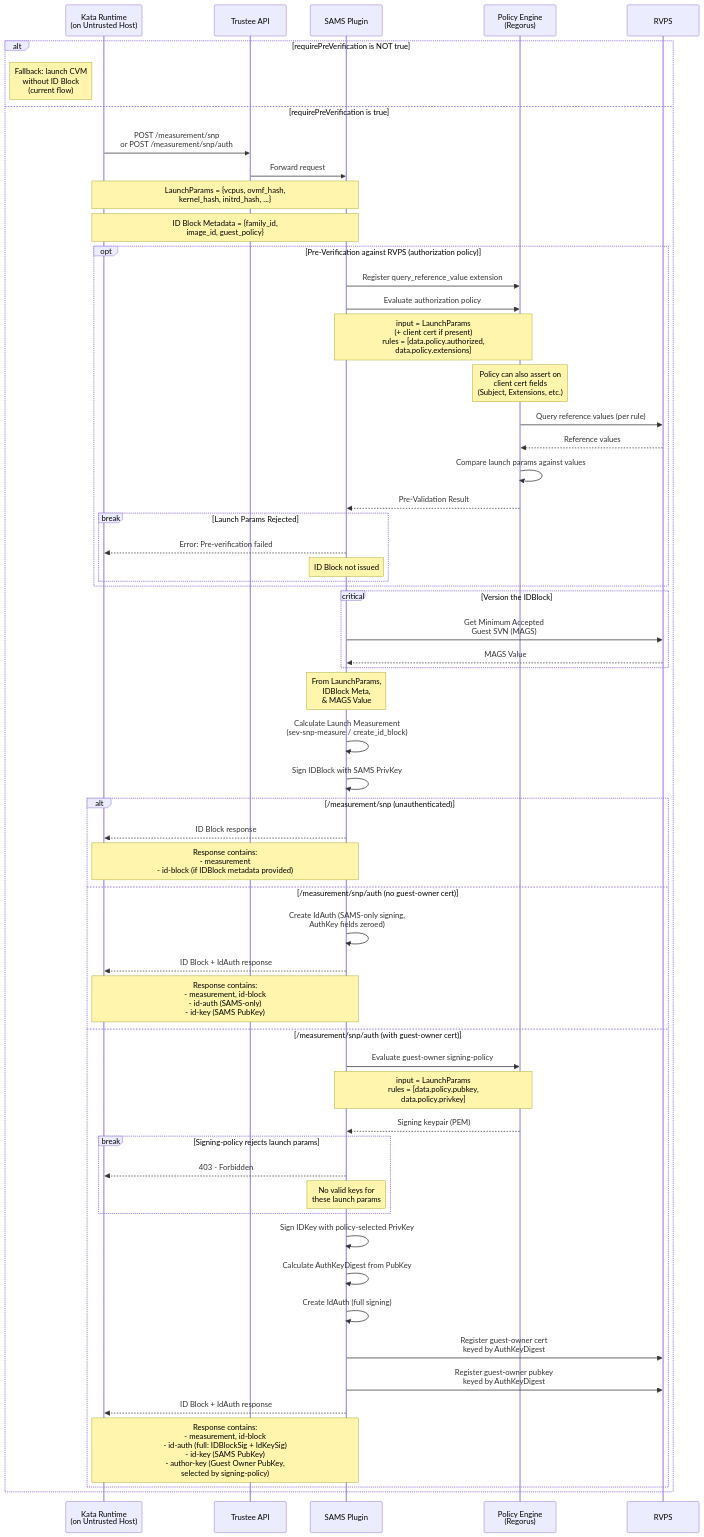
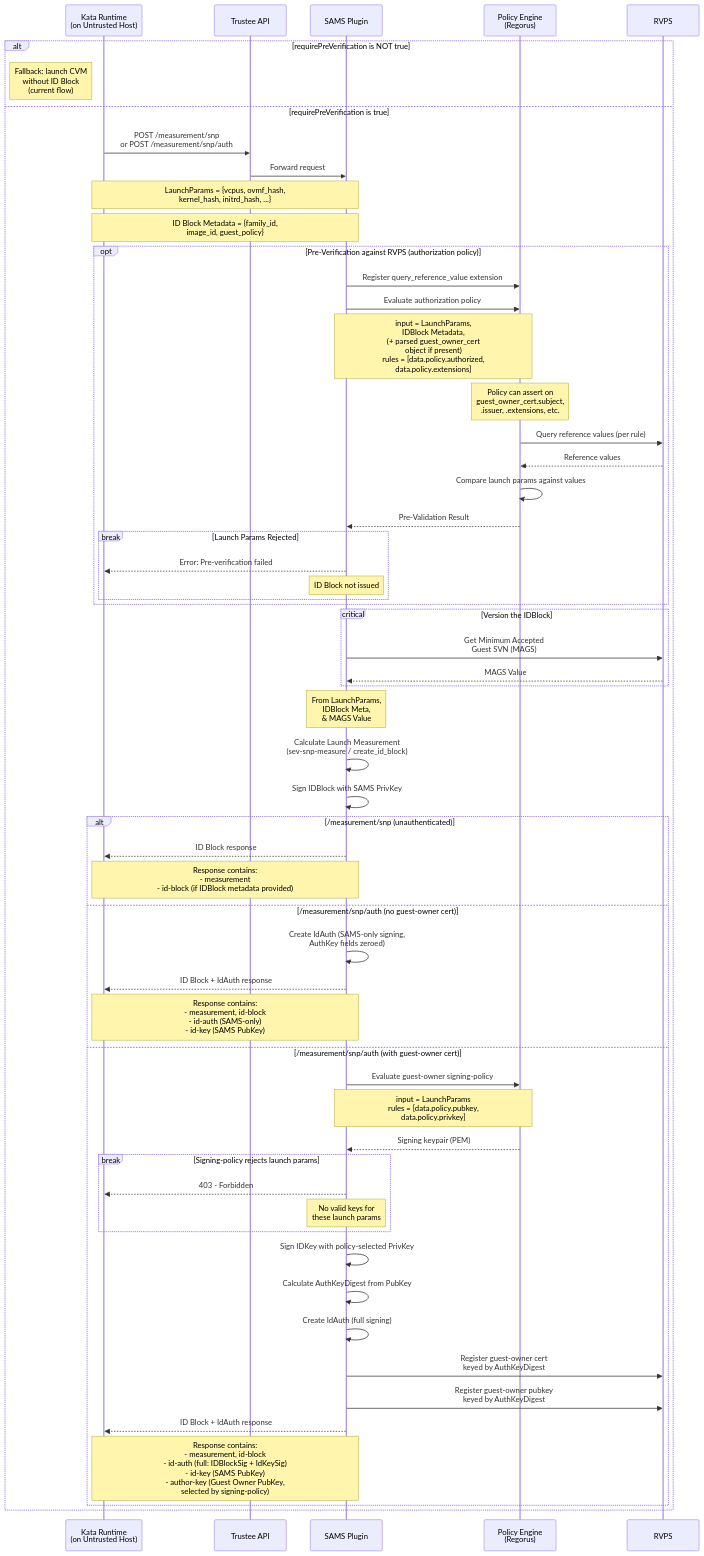
Before and after one commit to amd-cmaxwell/trustee: the second of 6 diagrams in kbs/src/plugins/implementations/sams/README.md, drawn with Mermaid. The commit also changed other lines of this file and 5 other files, not shown here.

First line of the commit message:
kbs: parse guest-owner certs into structured claims for policy engines

````diff
--- a/kbs/src/plugins/implementations/sams/README.md
+++ b/kbs/src/plugins/implementations/sams/README.md
@@ -284,65 +284,65 @@
 ```mermaid
 sequenceDiagram
     participant kata_runtime as Kata Runtime<br>(on Untrusted Host)
     participant api as Trustee API
     participant sams as SAMS Plugin
     participant policy_engine as Policy Engine<br>(Regorus)
     participant rvps as RVPS
 
     alt requirePreVerification is NOT true
         note left of kata_runtime: Fallback: launch CVM<br>without ID Block<br>(current flow)
     else requirePreVerification is true
         kata_runtime ->> api: POST /measurement/snp<br>or POST /measurement/snp/auth
         api ->> sams: Forward request
 
         note over kata_runtime, sams: LaunchParams = {vcpus, ovmf_hash,<br>kernel_hash, initrd_hash, ...}
         note over kata_runtime, sams: ID Block Metadata = {family_id,<br>image_id, guest_policy}
 
         opt Pre-Verification against RVPS (authorization policy)
             sams ->> policy_engine: Register query_reference_value extension
             sams ->> policy_engine: Evaluate authorization policy
-            note over sams, policy_engine: input = LaunchParams<br>(+ client cert if present)<br>rules = [data.policy.authorized,<br>data.policy.extensions]
-            note over policy_engine: Policy can also assert on<br>client cert fields<br>(Subject, Extensions, etc.)
+            note over sams, policy_engine: input = LaunchParams,<br>IDBlock Metadata,<br>(+ parsed guest_owner_cert<br>object if present)<br>rules = [data.policy.authorized,<br>data.policy.extensions]
+            note over policy_engine: Policy can assert on<br>guest_owner_cert.subject,<br>.issuer, .extensions, etc.
             policy_engine ->> rvps: Query reference values (per rule)
             rvps -->> policy_engine: Reference values
             policy_engine ->> policy_engine: Compare launch params against values
             policy_engine -->> sams: Pre-Validation Result
             break Launch Params Rejected
                 sams -->> kata_runtime: Error: Pre-verification failed
                 note over sams: ID Block not issued
             end
         end
 
         critical Version the IDBlock
             sams ->> rvps: Get Minimum Accepted <br>Guest SVN (MAGS)
             rvps -->> sams: MAGS Value
         end
         note over sams: From LaunchParams,<br> IDBlock Meta,<br> & MAGS Value
         sams ->> sams: Calculate Launch Measurement<br>(sev-snp-measure / create_id_block)
         sams ->> sams: Sign IDBlock with SAMS PrivKey
 
         alt /measurement/snp (unauthenticated)
             sams -->> kata_runtime: ID Block response
             note over sams, kata_runtime: Response contains:<br>- measurement<br>- id-block (if IDBlock metadata provided)
         else /measurement/snp/auth (no guest-owner cert)
             sams ->> sams: Create IdAuth (SAMS-only signing,<br>AuthKey fields zeroed)
             sams -->> kata_runtime: ID Block + IdAuth response
             note over sams, kata_runtime: Response contains:<br>- measurement, id-block<br>- id-auth (SAMS-only)<br>- id-key (SAMS PubKey)
         else /measurement/snp/auth (with guest-owner cert)
             sams ->> policy_engine: Evaluate guest-owner signing-policy
             note over sams, policy_engine: input = LaunchParams<br>rules = [data.policy.pubkey,<br>data.policy.privkey]
             policy_engine -->> sams: Signing keypair (PEM)
             break Signing-policy rejects launch params
                 sams -->> kata_runtime: 403 - Forbidden
                 note over sams: No valid keys for<br>these launch params
             end
             sams ->> sams: Sign IDKey with policy-selected PrivKey
             sams ->> sams: Calculate AuthKeyDigest from PubKey
             sams ->> sams: Create IdAuth (full signing)
             sams ->> rvps: Register guest-owner cert<br>keyed by AuthKeyDigest
             sams ->> rvps: Register guest-owner pubkey<br>keyed by AuthKeyDigest
             sams -->> kata_runtime: ID Block + IdAuth response
             note over sams, kata_runtime: Response contains:<br>- measurement, id-block<br>- id-auth (full: IDBlockSig + IdKeySig)<br>- id-key (SAMS PubKey)<br>- author-key (Guest Owner PubKey,<br>  selected by signing-policy)
         end
     end
 ```
````
